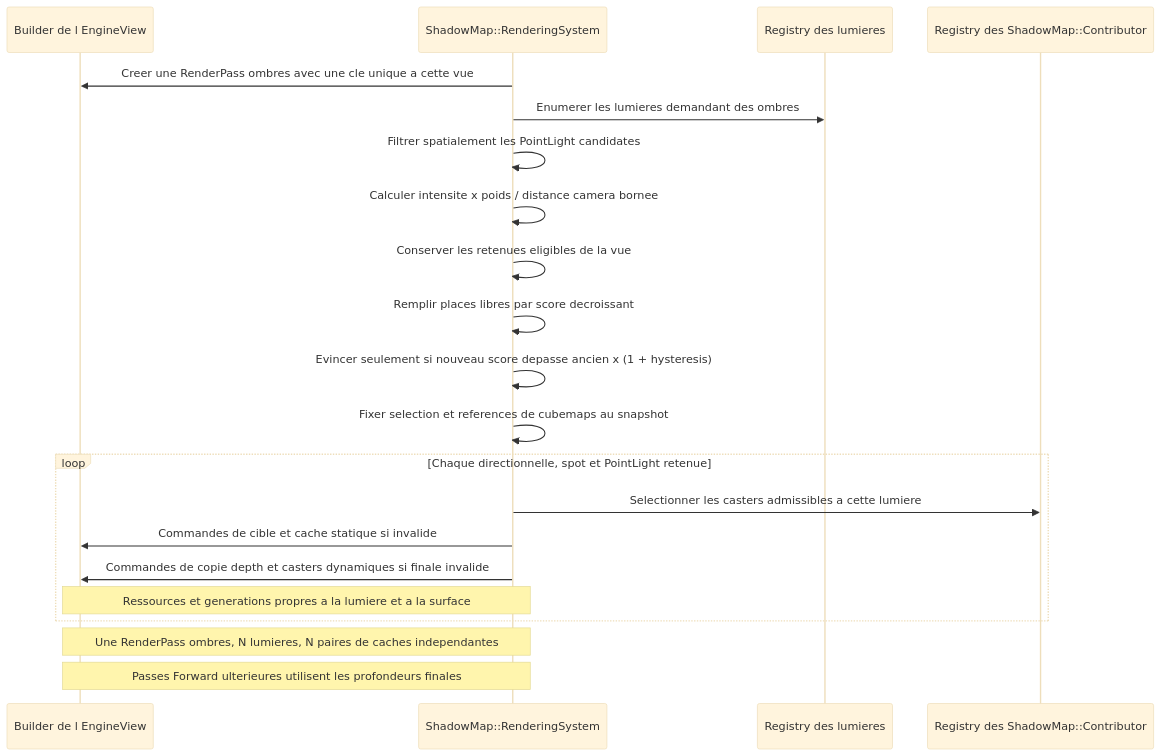
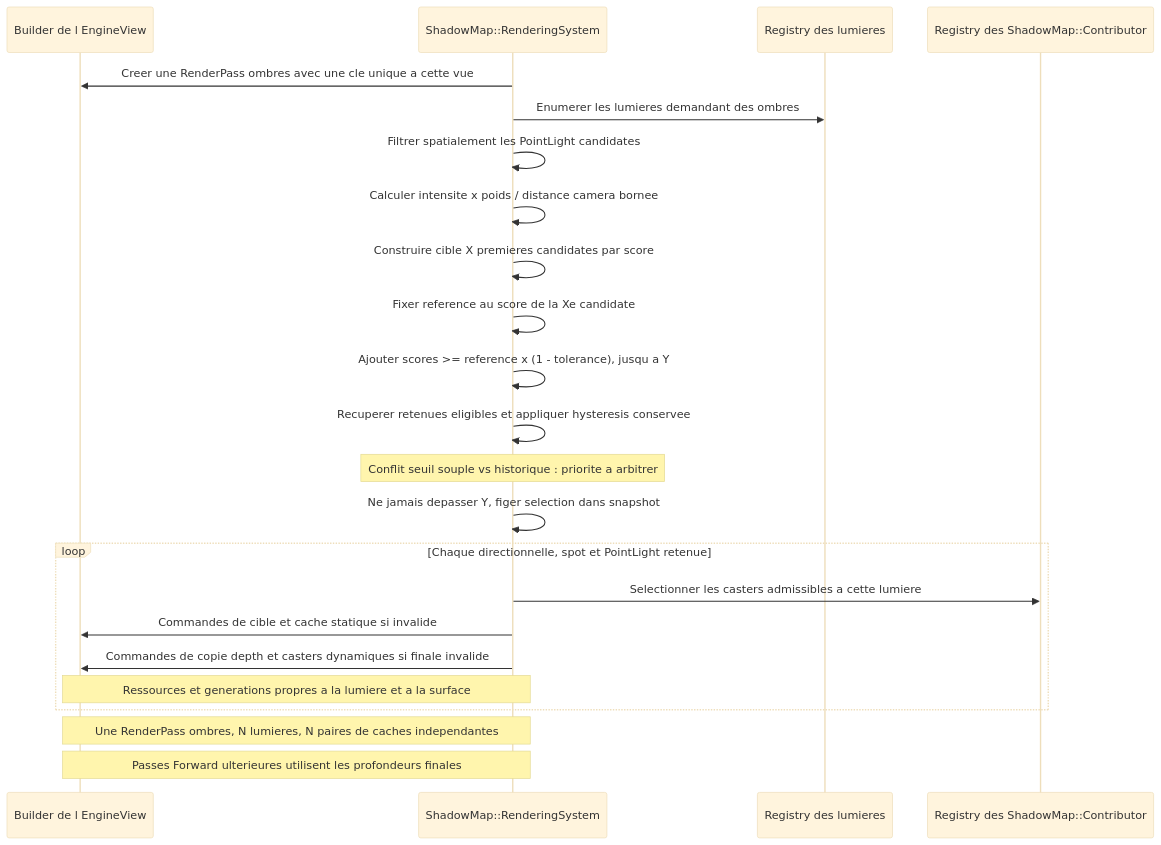
The sixth of 18 diagrams in docs/voxel-engine-v0.1.4-specification.md (EreliaStudio/Sparkle), drawn with Mermaid (base theme) before and after one commit. The commit also changed other lines of this file, not shown here.

Commit message:
docs(v0.1.4): update shadow selection diagrams and capture sequence for soft budget X/Y/tolerance

````diff
--- a/docs/voxel-engine-v0.1.4-specification.md
+++ b/docs/voxel-engine-v0.1.4-specification.md
@@ -601,23 +601,25 @@
 ```mermaid
 sequenceDiagram
     participant V as Builder de l EngineView
     participant S as ShadowMap::RenderingSystem
     participant L as Registry des lumieres
     participant C as Registry des ShadowMap::Contributor
     S->>V: Creer une RenderPass ombres avec une cle unique a cette vue
     S->>L: Enumerer les lumieres demandant des ombres
     S->>S: Filtrer spatialement les PointLight candidates
     S->>S: Calculer intensite x poids / distance camera bornee
-    S->>S: Conserver les retenues eligibles de la vue
-    S->>S: Remplir places libres par score decroissant
-    S->>S: Evincer seulement si nouveau score depasse ancien x (1 + hysteresis)
-    S->>S: Fixer selection et references de cubemaps au snapshot
+    S->>S: Construire cible X premieres candidates par score
+    S->>S: Fixer reference au score de la Xe candidate
+    S->>S: Ajouter scores >= reference x (1 - tolerance), jusqu a Y
+    S->>S: Recuperer retenues eligibles et appliquer hysteresis conservee
+    Note over S: Conflit seuil souple vs historique : priorite a arbitrer
+    S->>S: Ne jamais depasser Y, figer selection dans snapshot
     loop Chaque directionnelle, spot et PointLight retenue
         S->>C: Selectionner les casters admissibles a cette lumiere
         S->>V: Commandes de cible et cache statique si invalide
         S->>V: Commandes de copie depth et casters dynamiques si finale invalide
         Note over S,V: Ressources et generations propres a la lumiere et a la surface
     end
     Note over V,S: Une RenderPass ombres, N lumieres, N paires de caches independantes
     Note over V,S: Passes Forward ulterieures utilisent les profondeurs finales
 ```
````
